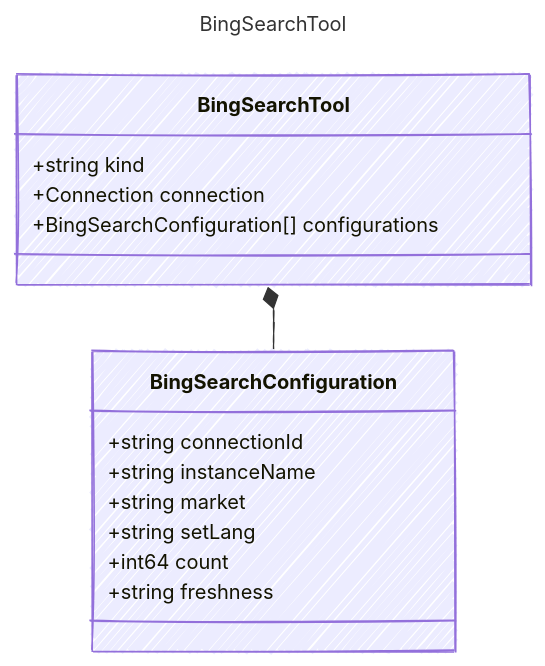
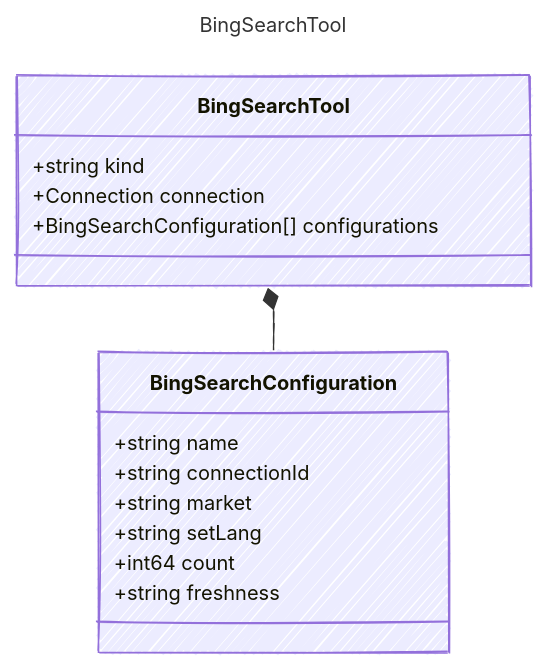
One commit to microsoft/prompty changed the diagram in specification/prompty/docs/BingSearchTool.md. Above: the diagram before and after it, drawn with Mermaid. The commit also changed 120 other files, not shown here.

````diff
--- a/specification/prompty/docs/BingSearchTool.md
+++ b/specification/prompty/docs/BingSearchTool.md
@@ -7,26 +7,26 @@
 ```mermaid
 ---
 title: BingSearchTool
 config:
   look: handDrawn
   theme: colorful
   class:
     hideEmptyMembersBox: true
 ---
 classDiagram
     class BingSearchTool {
       
         +string kind
         +Connection connection
         +BingSearchConfiguration[] configurations
     }
     class BingSearchConfiguration {
+        +string name
         +string connectionId
-        +string instanceName
         +string market
         +string setLang
         +int64 count
         +string freshness
     }
     BingSearchTool *-- BingSearchConfiguration
 ```
````
